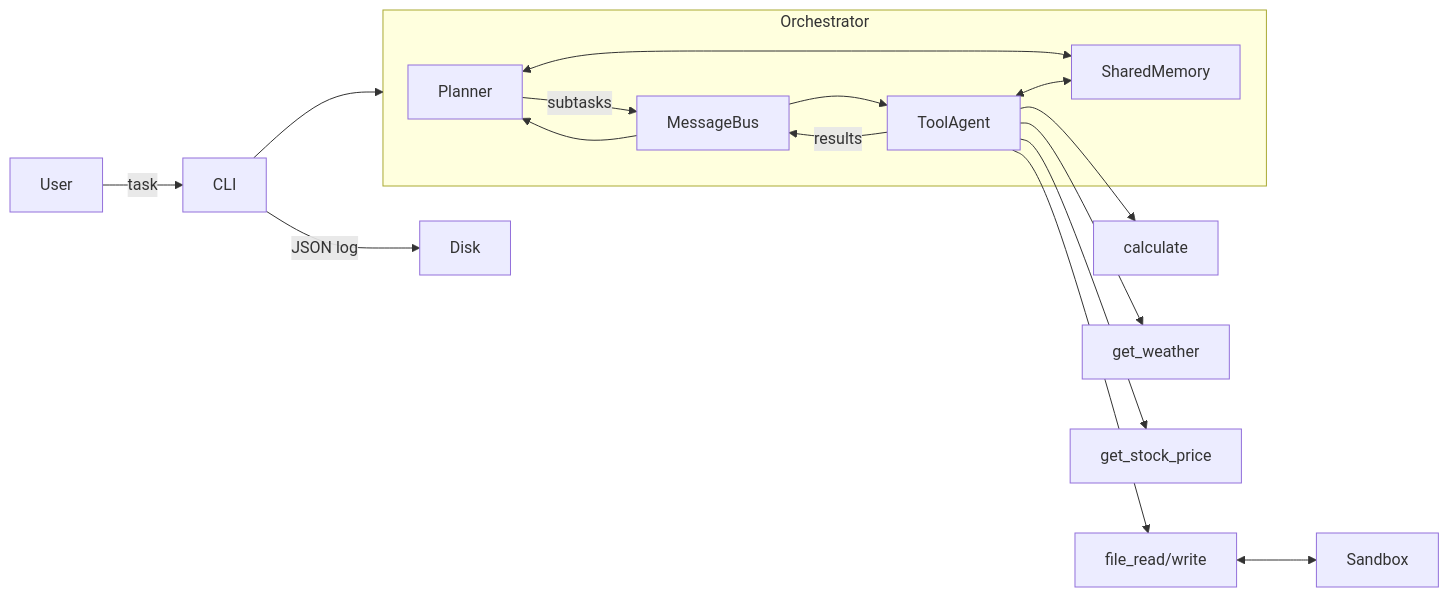
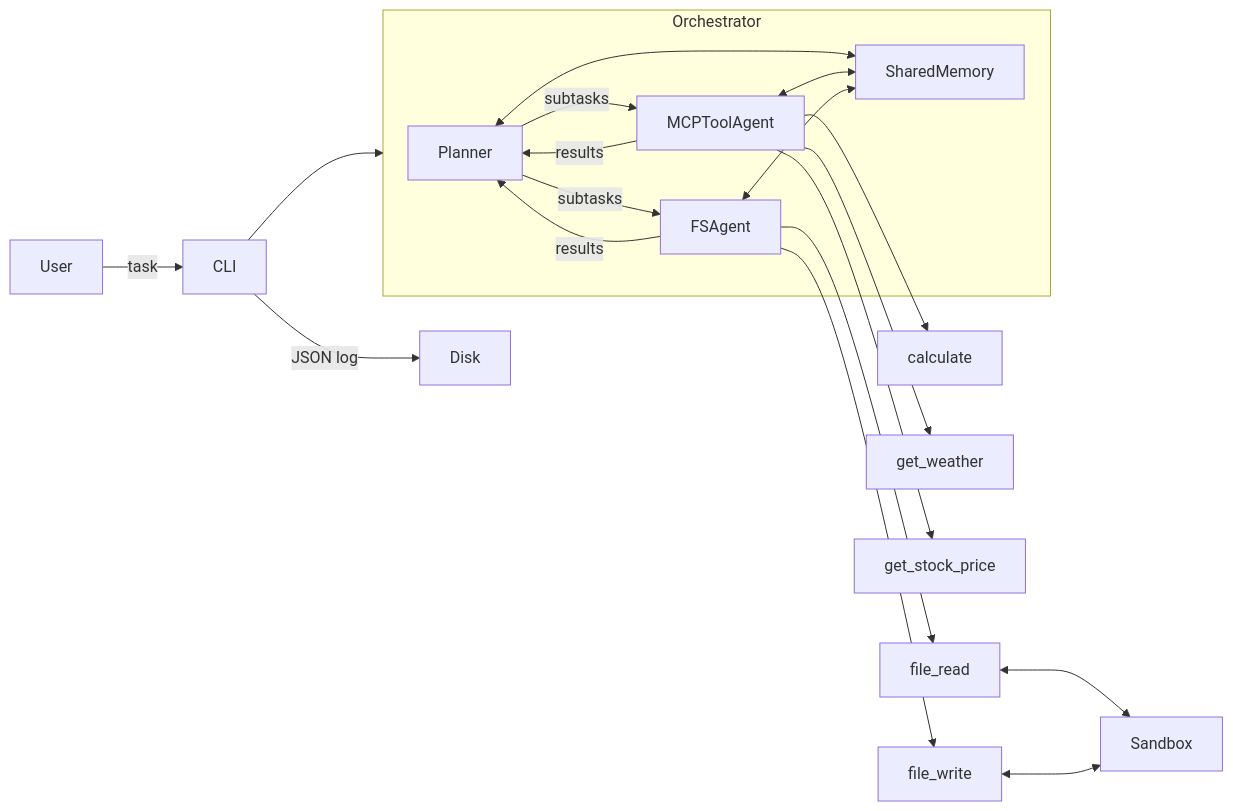
The diagram in README.md (dbajnok99/MasterThesis), drawn with Mermaid before and after one commit. The commit also changed other lines of this file and 12 other files, not shown here.

````diff
--- a/README.md
+++ b/README.md
@@ -36,23 +30,26 @@
 ```mermaid
 flowchart LR
     User -->|task| CLI
     CLI --> Orchestrator
 
     subgraph Orchestrator
-        Planner -->|subtasks| MessageBus
-        MessageBus --> ToolAgent
-        ToolAgent -->|results| MessageBus
-        MessageBus --> Planner
+        Planner -->|subtasks| MCPToolAgent
+        Planner -->|subtasks| FSAgent
+        MCPToolAgent -->|results| Planner
+        FSAgent -->|results| Planner
         Planner <--> SharedMemory
-        ToolAgent <--> SharedMemory
+        MCPToolAgent <--> SharedMemory
+        FSAgent <--> SharedMemory
     end
 
-    ToolAgent --> file_read/write
-    ToolAgent --> calculate
-    ToolAgent --> get_weather
-    ToolAgent --> get_stock_price
+    MCPToolAgent --> calculate
+    MCPToolAgent --> get_weather
+    MCPToolAgent --> get_stock_price
 
-    file_read/write <--> Sandbox
+    FSAgent --> file_read
+    FSAgent --> file_write
+    file_read <--> Sandbox
+    file_write <--> Sandbox
 
     CLI -->|JSON log| Disk
 ```
````
